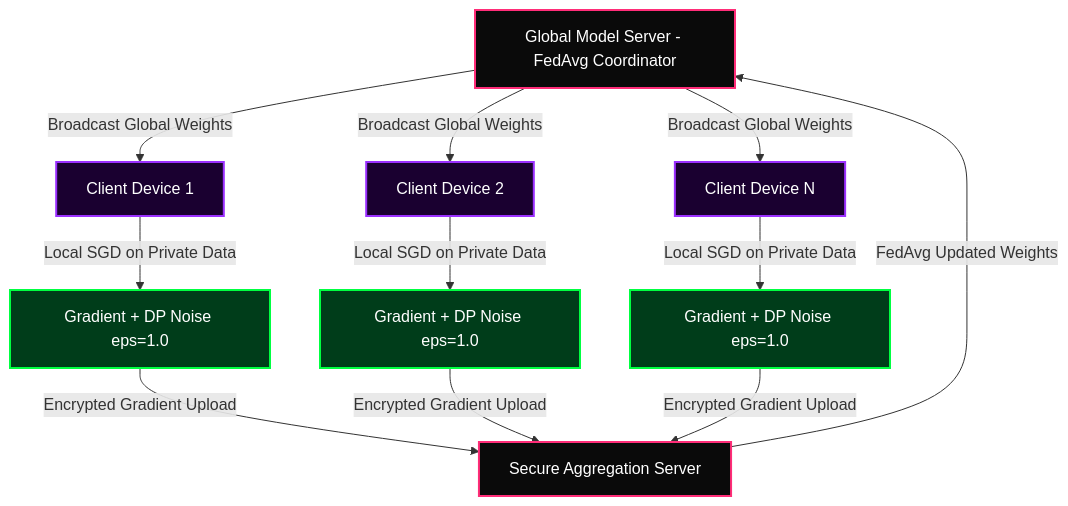
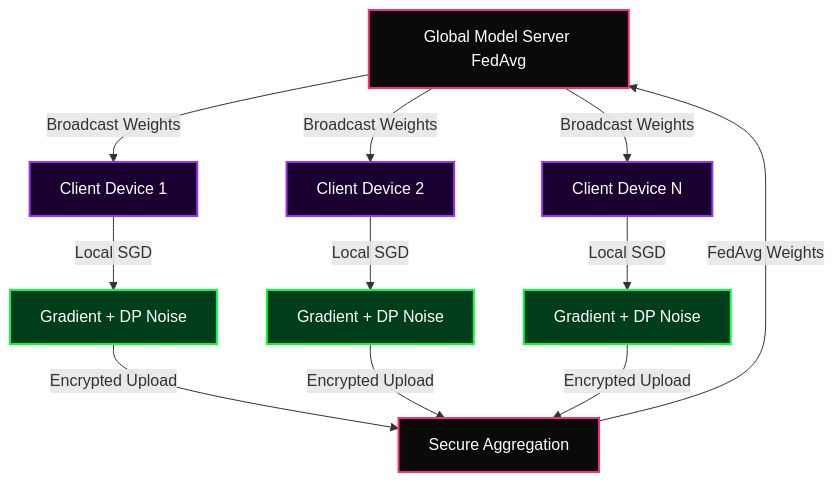
One commit to NewNexus001/newnexus001 changed the eighth of 25 diagrams in README.md. Above: the diagram before and after it, drawn with Mermaid. The commit also changed other lines of this file, not shown here.

````diff
--- a/README.md
+++ b/README.md
@@ -313,17 +279,17 @@
 ```mermaid
 graph TD
-    classDef server fill:#0a0a0a,stroke:#FF2D78,stroke-width:2px,color:#fff
-    classDef client fill:#1a0030,stroke:#9B30FF,stroke-width:2px,color:#fff
-    classDef privacy fill:#003d1a,stroke:#00FF41,stroke-width:2px,color:#fff
+    classDef srv fill:#0a0a0a,stroke:#FF2D78,stroke-width:2px,color:#fff
+    classDef cli fill:#1a0030,stroke:#9B30FF,stroke-width:2px,color:#fff
+    classDef prv fill:#003d1a,stroke:#00FF41,stroke-width:2px,color:#fff
 
-    GS["Global Model Server - FedAvg Coordinator"]:::server -->|Broadcast Global Weights| C1["Client Device 1"]:::client
-    GS -->|Broadcast Global Weights| C2["Client Device 2"]:::client
-    GS -->|Broadcast Global Weights| C3["Client Device N"]:::client
-    C1 -->|Local SGD on Private Data| NG1["Gradient + DP Noise eps=1.0"]:::privacy
-    C2 -->|Local SGD on Private Data| NG2["Gradient + DP Noise eps=1.0"]:::privacy
-    C3 -->|Local SGD on Private Data| NG3["Gradient + DP Noise eps=1.0"]:::privacy
-    NG1 -->|Encrypted Gradient Upload| AGG["Secure Aggregation Server"]:::server
-    NG2 -->|Encrypted Gradient Upload| AGG
-    NG3 -->|Encrypted Gradient Upload| AGG
-    AGG -->|FedAvg Updated Weights| GS
+    GS["Global Model Server FedAvg"]:::srv -->|Broadcast Weights| C1["Client Device 1"]:::cli
+    GS -->|Broadcast Weights| C2["Client Device 2"]:::cli
+    GS -->|Broadcast Weights| C3["Client Device N"]:::cli
+    C1 -->|Local SGD| NG1["Gradient + DP Noise"]:::prv
+    C2 -->|Local SGD| NG2["Gradient + DP Noise"]:::prv
+    C3 -->|Local SGD| NG3["Gradient + DP Noise"]:::prv
+    NG1 -->|Encrypted Upload| AGG["Secure Aggregation"]:::srv
+    NG2 -->|Encrypted Upload| AGG
+    NG3 -->|Encrypted Upload| AGG
+    AGG -->|FedAvg Weights| GS
 ```
````
